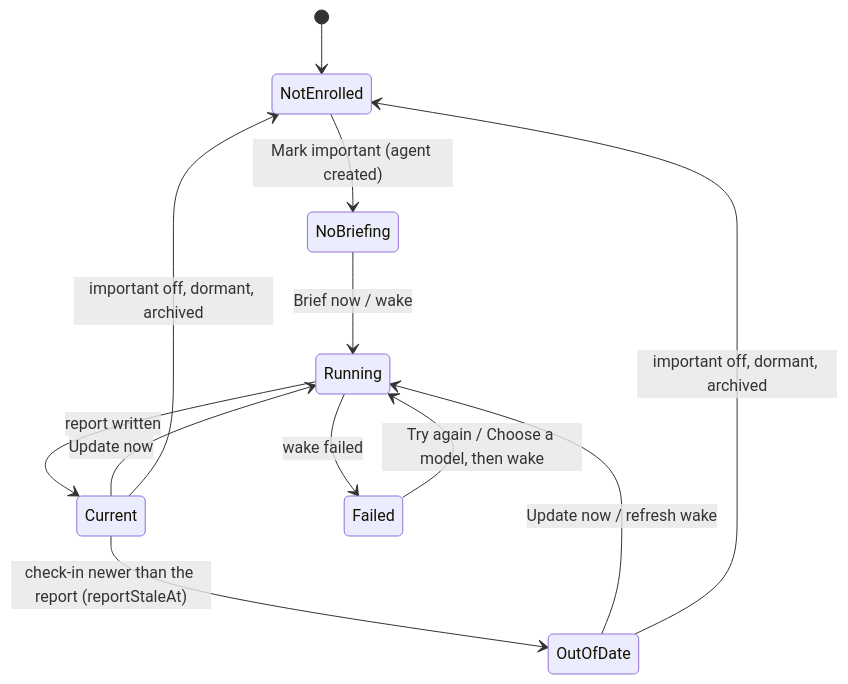
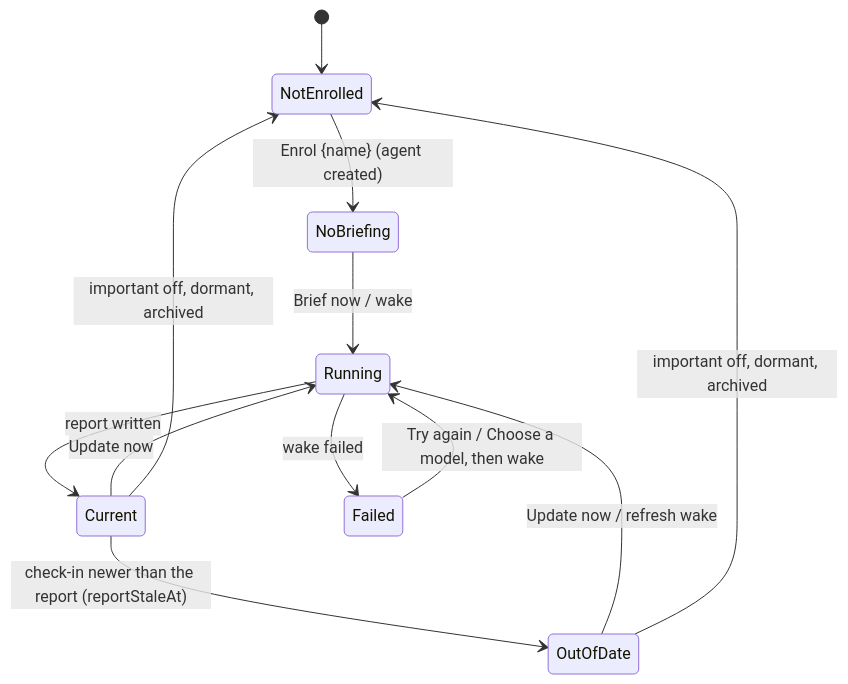
The seventh of 15 diagrams in knowledge/features/relationships.md (matthiasn/lotti), drawn with Mermaid before and after one commit. The commit also changed other lines of this file and 46 other files, not shown here.

````diff
--- a/knowledge/features/relationships.md
+++ b/knowledge/features/relationships.md
@@ -1136,14 +1162,14 @@
 ```mermaid
 stateDiagram-v2
   [*] --> NotEnrolled
-  NotEnrolled --> NoBriefing: Mark important (agent created)
+  NotEnrolled --> NoBriefing: Enrol {name} (agent created)
   NoBriefing --> Running: Brief now / wake
   Running --> Current: report written
   Running --> Failed: wake failed
   Failed --> Running: Try again / Choose a model, then wake
   Current --> OutOfDate: check-in newer than the report (reportStaleAt)
   OutOfDate --> Running: Update now / refresh wake
   Current --> Running: Update now
   Current --> NotEnrolled: important off, dormant, archived
   OutOfDate --> NotEnrolled: important off, dormant, archived
 ```
````
